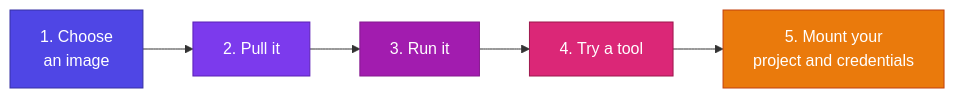
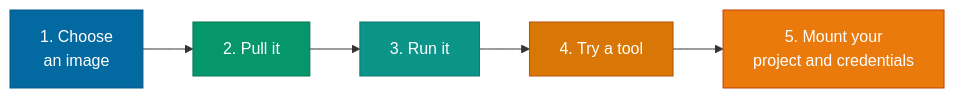
The diagram in docs/quick-start.md (jinalshah/devops-images), drawn with Mermaid before and after one commit. The commit also changed 29 other files, not shown here.

````diff
--- a/docs/quick-start.md
+++ b/docs/quick-start.md
@@ -5,14 +5,14 @@
 ```mermaid
 flowchart LR
   A["1. Choose<br/>an image"] --> B["2. Pull it"] --> C["3. Run it"] --> D["4. Try a tool"] --> E["5. Mount your<br/>project and credentials"]
-  classDef s1 fill:#4f46e5,stroke:#3730a3,color:#fff
-  classDef s2 fill:#7c3aed,stroke:#5b21b6,color:#fff
-  classDef s3 fill:#a21caf,stroke:#86198f,color:#fff
-  classDef s4 fill:#db2777,stroke:#9d174d,color:#fff
+  classDef s1 fill:#0369a1,stroke:#075985,color:#fff
+  classDef s2 fill:#059669,stroke:#047857,color:#fff
+  classDef s3 fill:#0d9488,stroke:#0f766e,color:#fff
+  classDef s4 fill:#d97706,stroke:#b45309,color:#fff
   classDef s5 fill:#ea7a0c,stroke:#c2410c,color:#fff
   class A s1
   class B s2
   class C s3
   class D s4
   class E s5
 ```
````
